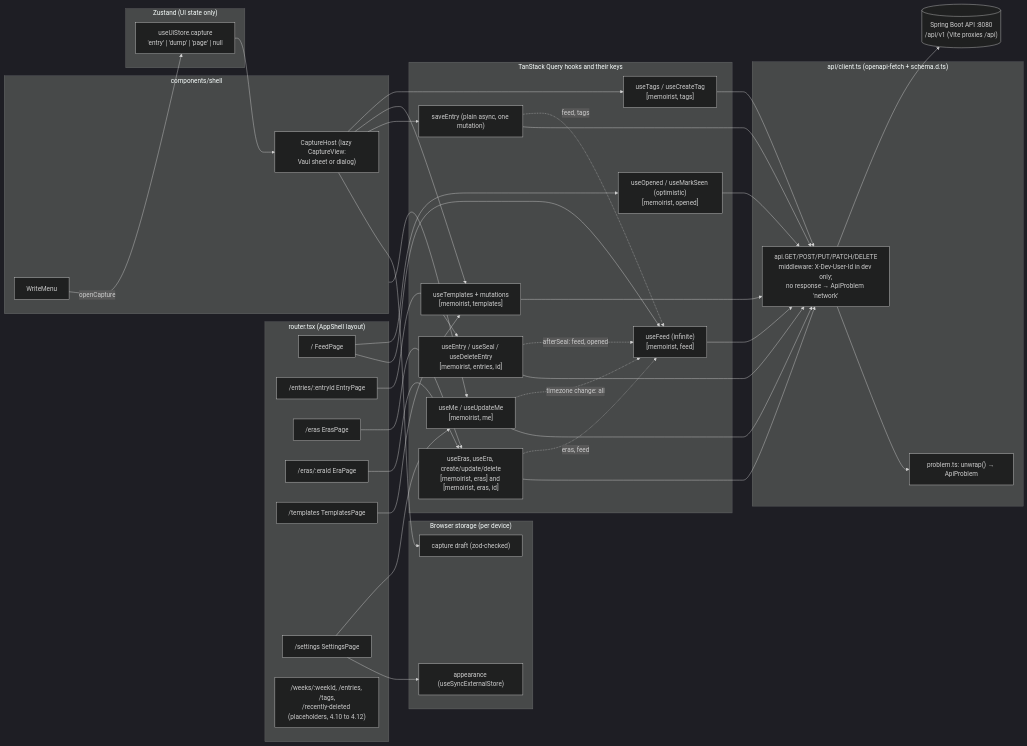
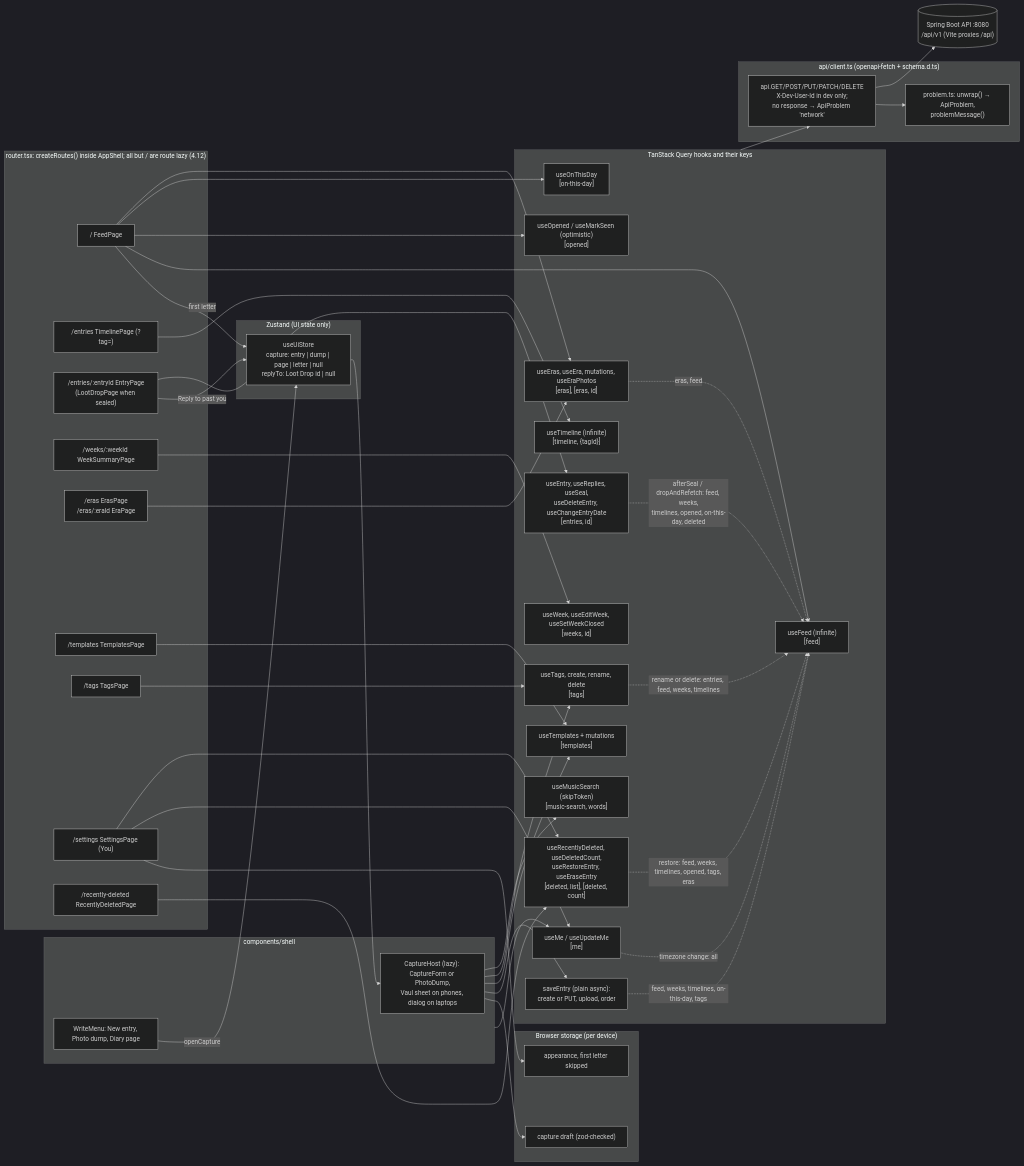
One commit to aarrroon/memoirist changed the diagram in docs/build-journal/sprint-4/README.md. Above: the diagram before and after it, drawn with Mermaid (dark theme). The commit also changed other lines of this file and 2 other files, not shown here.

````diff
--- a/docs/build-journal/sprint-4/README.md
+++ b/docs/build-journal/sprint-4/README.md
@@ -49,77 +73,88 @@
 ```mermaid
 flowchart LR
-  subgraph Routes["router.tsx (AppShell layout)"]
+  subgraph Routes["router.tsx: createRoutes() inside AppShell; all but / are route lazy (4.12)"]
     R1["/ FeedPage"]
-    R2["/entries/:entryId EntryPage"]
-    R3["/eras ErasPage"]
-    R4["/eras/:eraId EraPage"]
-    R5["/templates TemplatesPage"]
-    R6["/settings SettingsPage"]
-    R7["/weeks/:weekId, /entries, /tags,<br/>/recently-deleted (placeholders, 4.10 to 4.12)"]
+    R2["/entries TimelinePage (?tag=)"]
+    R3["/entries/:entryId EntryPage<br/>(LootDropPage when sealed)"]
+    R4["/weeks/:weekId WeekSummaryPage"]
+    R5["/eras ErasPage<br/>/eras/:eraId EraPage"]
+    R6["/templates TemplatesPage"]
+    R7["/tags TagsPage"]
+    R8["/settings SettingsPage (You)"]
+    R9["/recently-deleted RecentlyDeletedPage"]
   end
 
   subgraph Shell["components/shell"]
-    WM["WriteMenu"]
-    CH["CaptureHost (lazy CaptureView:<br/>Vaul sheet or dialog)"]
+    WM["WriteMenu: New entry, Photo dump, Diary page"]
+    CH["CaptureHost (lazy): CaptureForm or PhotoDump,<br/>Vaul sheet on phones, dialog on laptops"]
   end
 
   subgraph Zustand["Zustand (UI state only)"]
-    UI["useUiStore.capture<br/>'entry' | 'dump' | 'page' | null"]
+    UI["useUiStore<br/>capture: entry | dump | page | letter | null<br/>replyTo: Loot Drop id | null"]
   end
 
   subgraph Local["Browser storage (per device)"]
     DR["capture draft (zod-checked)"]
-    AP["appearance (useSyncExternalStore)"]
+    LS["appearance, first letter skipped"]
   end
 
   subgraph Query["TanStack Query hooks and their keys"]
-    Q1["useMe / useUpdateMe<br/>[memoirist, me]"]
-    Q2["useFeed (infinite)<br/>[memoirist, feed]"]
-    Q3["useEntry / useSeal / useDeleteEntry<br/>[memoirist, entries, id]"]
-    Q4["useOpened / useMarkSeen (optimistic)<br/>[memoirist, opened]"]
-    Q5["useEras, useEra, create/update/delete<br/>[memoirist, eras] and [memoirist, eras, id]"]
-    Q6["useTemplates + mutations<br/>[memoirist, templates]"]
-    Q7["useTags / useCreateTag<br/>[memoirist, tags]"]
-    SE["saveEntry (plain async, one mutation)"]
+    Q1["useMe / useUpdateMe<br/>[me]"]
+    Q2["useFeed (infinite)<br/>[feed]"]
+    Q3["useOpened / useMarkSeen (optimistic)<br/>[opened]"]
+    Q4["useOnThisDay<br/>[on-this-day]"]
+    Q5["useEntry, useReplies, useSeal,<br/>useDeleteEntry, useChangeEntryDate<br/>[entries, id]"]
+    Q6["useWeek, useEditWeek, useSetWeekClosed<br/>[weeks, id]"]
+    Q7["useTimeline (infinite)<br/>[timeline, {tagId}]"]
+    Q8["useEras, useEra, mutations, useEraPhotos<br/>[eras], [eras, id]"]
+    Q9["useTemplates + mutations<br/>[templates]"]
+    Q10["useTags, create, rename, delete<br/>[tags]"]
+    Q11["useRecentlyDeleted, useDeletedCount,<br/>useRestoreEntry, useEraseEntry<br/>[deleted, list], [deleted, count]"]
+    Q12["useMusicSearch (skipToken)<br/>[music-search, words]"]
+    SE["saveEntry (plain async):<br/>create or PUT, upload, order"]
   end
 
   subgraph Client["api/client.ts (openapi-fetch + schema.d.ts)"]
-    C["api.GET/POST/PUT/PATCH/DELETE<br/>middleware: X-Dev-User-Id in dev only;<br/>no response → ApiProblem 'network'"]
-    P["problem.ts: unwrap() → ApiProblem"]
+    C["api.GET/POST/PUT/PATCH/DELETE<br/>X-Dev-User-Id in dev only;<br/>no response → ApiProblem 'network'"]
+    P["problem.ts: unwrap() → ApiProblem,<br/>problemMessage()"]
   end
 
   API[("Spring Boot API :8080<br/>/api/v1 (Vite proxies /api)")]
 
   WM -->|openCapture| UI
+  R3 -->|Reply to past you| UI
+  R1 -->|first letter| UI
   UI --> CH
   CH --> DR
   CH --> SE
-  CH --> Q6
-  CH --> Q7
-  R6 --> AP
+  CH --> Q9
+  CH --> Q10
+  CH --> Q12
+  R8 --> LS
 
   R1 --> Q2
+  R1 --> Q3
   R1 --> Q4
-  R2 --> Q3
+  R1 --> Q8
+  R2 --> Q7
   R3 --> Q5
-  R4 --> Q5
-  R5 --> Q6
-  R6 --> Q1
+  R4 --> Q6
+  R5 --> Q8
+  R6 --> Q9
+  R7 --> Q10
+  R8 --> Q1
+  R8 --> Q11
+  R9 --> Q11
   Shell --> Q1
 
-  Q1 --> C
-  Q2 --> C
-  Q3 --> C
-  Q4 --> C
-  Q5 --> C
-  Q6 --> C
-  Q7 --> C
-  SE --> C
+  Query --> C
   C --> P
   C --> API
 
-  SE -.->|feed, tags| Q2
-  Q3 -.->|afterSeal: feed, opened| Q2
-  Q5 -.->|eras, feed| Q2
+  SE -.->|feed, weeks, timelines, on-this-day, tags| Q2
+  Q5 -.->|afterSeal / dropAndRefetch: feed, weeks,<br/>timelines, opened, on-this-day, deleted| Q2
+  Q11 -.->|restore: feed, weeks, timelines, opened, tags, eras| Q2
+  Q10 -.->|rename or delete: entries, feed, weeks, timelines| Q2
+  Q8 -.->|eras, feed| Q2
   Q1 -.->|timezone change: all| Q2
 ```
````
